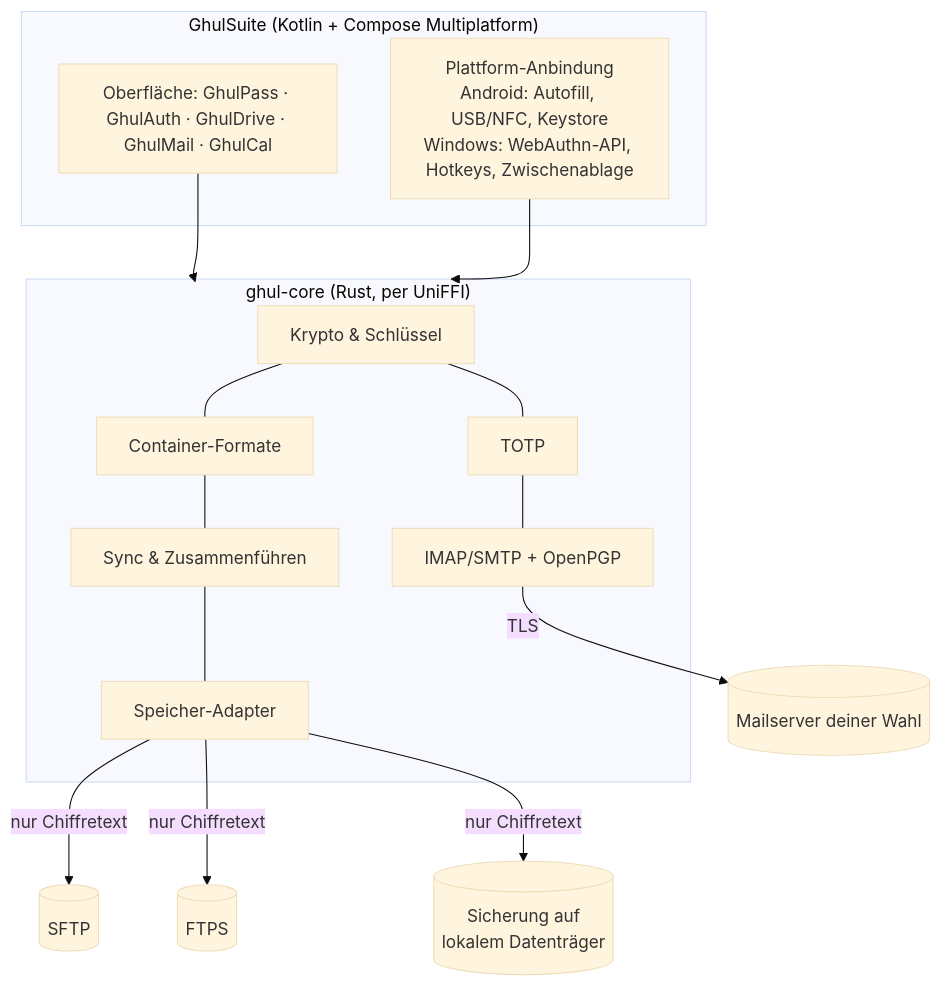
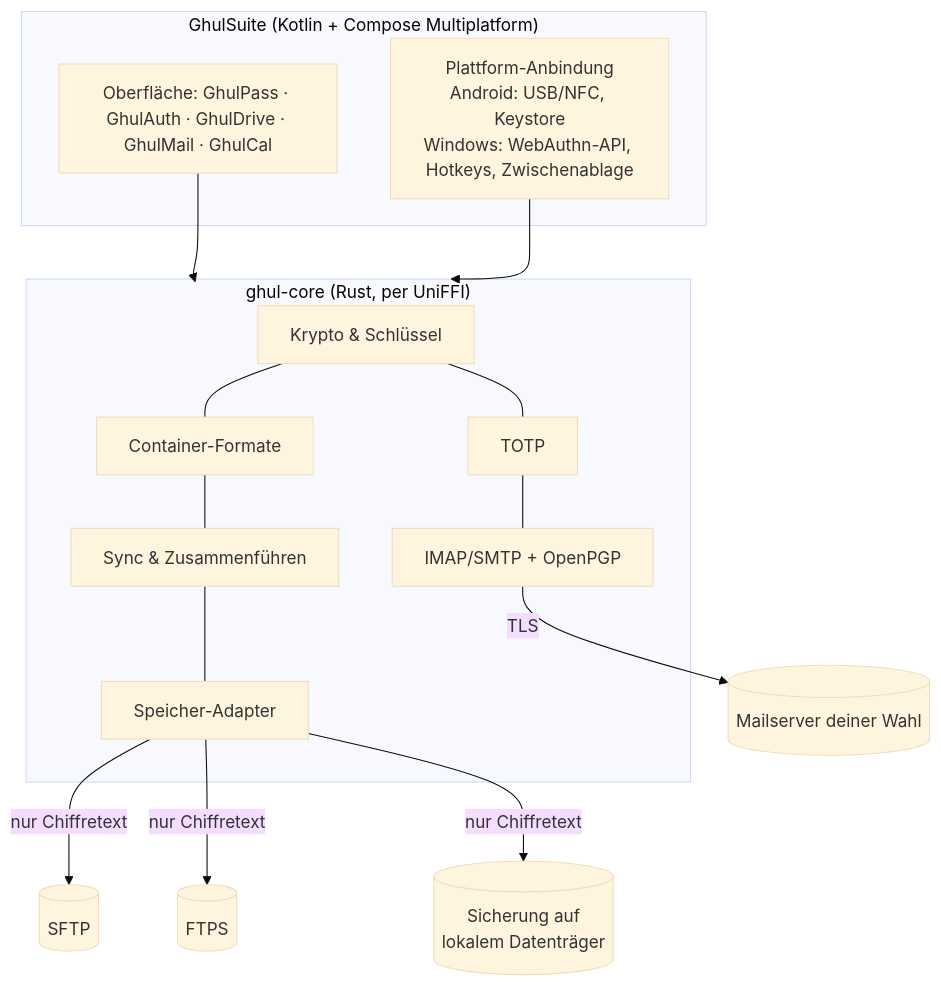
The first of 2 diagrams in docs/KONZEPT.md (ghulaschsuppe/GhulSuite), drawn with Mermaid (base theme) before and after one commit. The commit also changed other lines of this file and 65 other files, not shown here.

First line of the commit message:
Remove Android autofill and photo backup

````diff
--- a/docs/KONZEPT.md
+++ b/docs/KONZEPT.md
@@ -80,17 +80,17 @@
 ```mermaid
 flowchart TB
   subgraph App["GhulSuite (Kotlin + Compose Multiplatform)"]
     UI[Oberfläche: GhulPass · GhulAuth · GhulDrive · GhulMail · GhulCal]
-    PF[Plattform-Anbindung<br/>Android: Autofill, USB/NFC, Keystore<br/>Windows: WebAuthn-API, Hotkeys, Zwischenablage]
+    PF[Plattform-Anbindung<br/>Android: USB/NFC, Keystore<br/>Windows: WebAuthn-API, Hotkeys, Zwischenablage]
   end
   subgraph Core["ghul-core (Rust, per UniFFI)"]
     C1[Krypto & Schlüssel] --- C2[Container-Formate]
     C2 --- C3[Sync & Zusammenführen]
     C3 --- C4[Speicher-Adapter]
     C1 --- C5[TOTP] --- C6[IMAP/SMTP + OpenPGP]
   end
   UI --> Core
   PF --> Core
   C4 -- "nur Chiffretext" --> S1[(SFTP)] & S2[(FTPS)] & S5[(Sicherung auf<br/>lokalem Datenträger)]
   C6 -- "TLS" --> M[(Mailserver deiner Wahl)]
 ```
````
